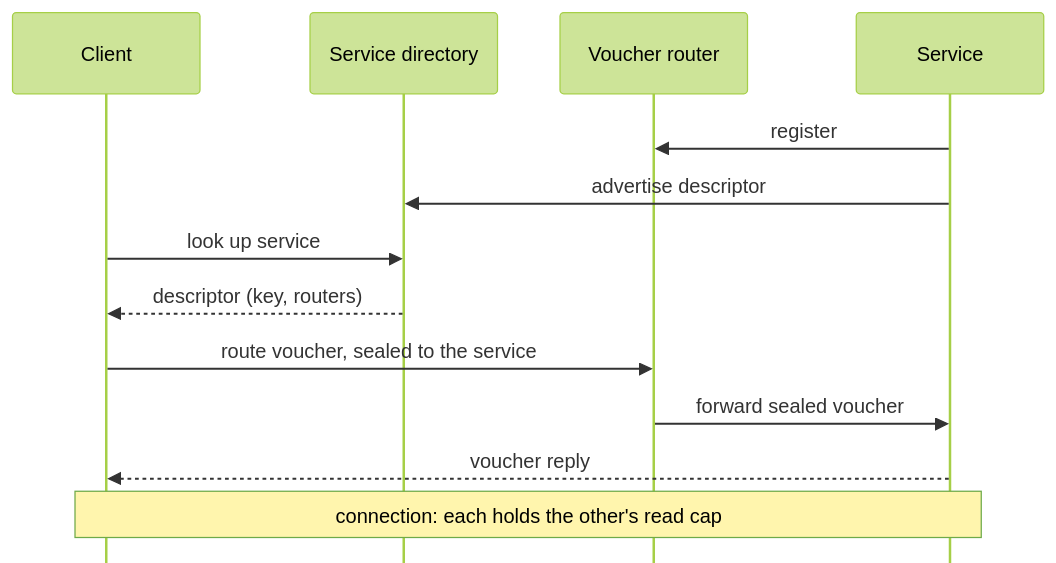
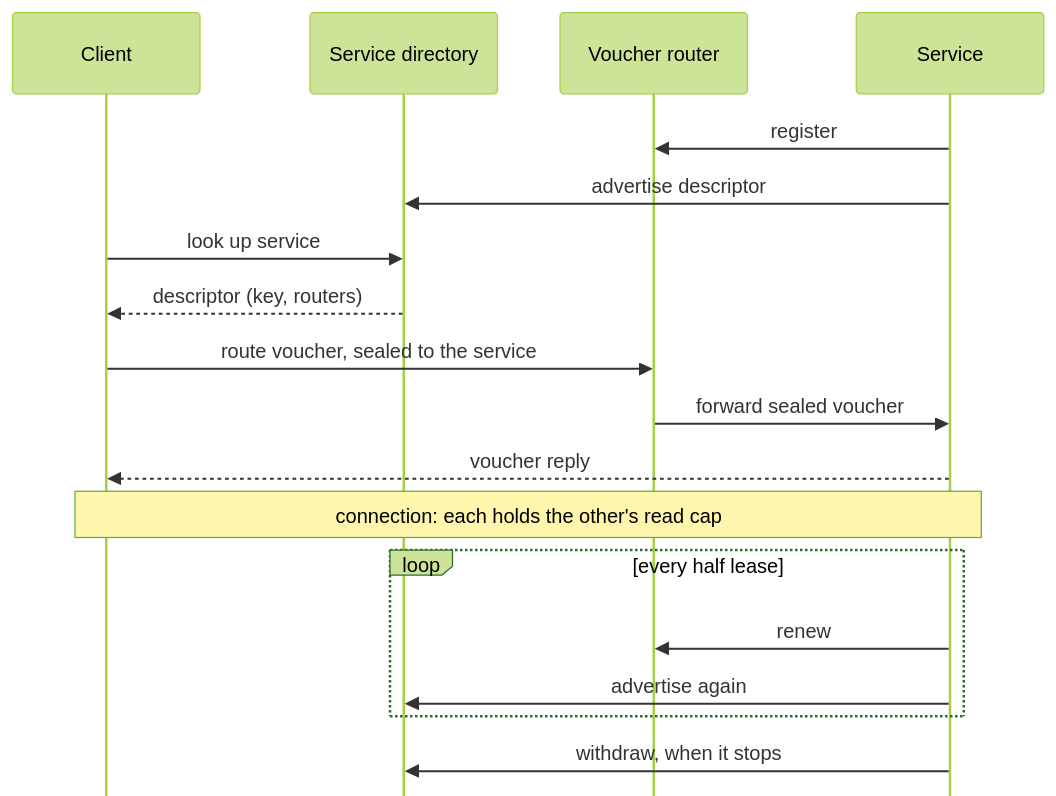
The diagram in content/en/docs/specs/pix/pigeonhole_services.mmd (katzenpost/website), drawn with Mermaid (forest theme) before and after one commit. The commit also changed 2 other files, not shown here.

```diff
--- a/content/en/docs/specs/pix/pigeonhole_services.mmd
+++ b/content/en/docs/specs/pix/pigeonhole_services.mmd
@@ -1,14 +1,19 @@
 %%{init: {"sequence": {"mirrorActors": false}}}%%
 sequenceDiagram
     participant C as Client
     participant D as Service directory
     participant R as Voucher router
     participant S as Service
     S->>R: register
     S->>D: advertise descriptor
     C->>D: look up service
     D-->>C: descriptor (key, routers)
     C->>R: route voucher, sealed to the service
     R->>S: forward sealed voucher
     S-->>C: voucher reply
     Note over C,S: connection: each holds the other's read cap
+    loop every half lease
+        S->>R: renew
+        S->>D: advertise again
+    end
+    S->>D: withdraw, when it stops
```
